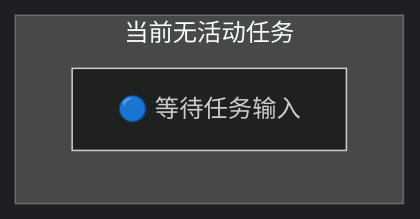
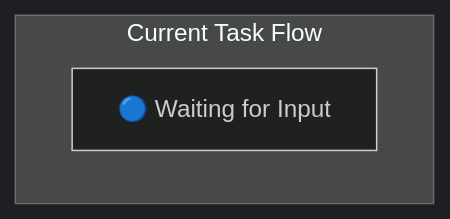
The diagram in .claude/templates/DASHBOARD_TEMPLATE.md (fql9/multiagent-autodev-workflow), drawn with Mermaid (dark theme) before and after one commit. The commit also changed other lines of this file and 3 other files, not shown here.

````diff
--- a/.claude/templates/DASHBOARD_TEMPLATE.md
+++ b/.claude/templates/DASHBOARD_TEMPLATE.md
@@ -35,6 +48,6 @@
 ```mermaid
 graph TD
-    subgraph "当前无活动任务"
-        IDLE[🔵 等待任务输入]
+    subgraph "Current Task Flow"
+        IDLE[🔵 Waiting for Input]
     end
 ```
````
